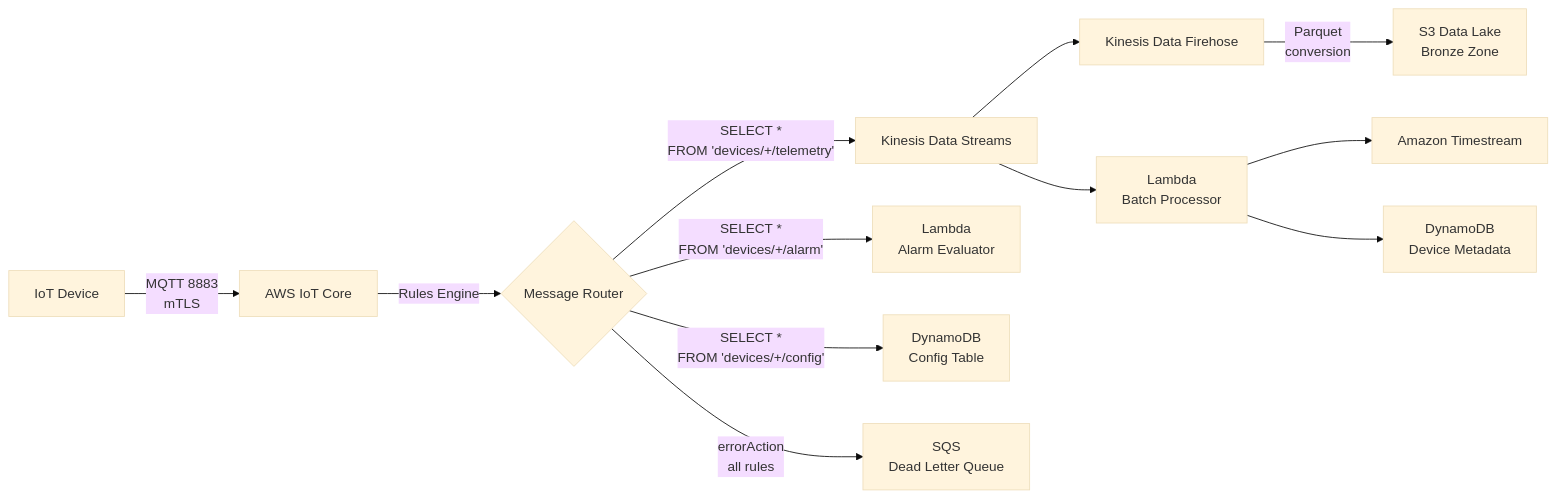
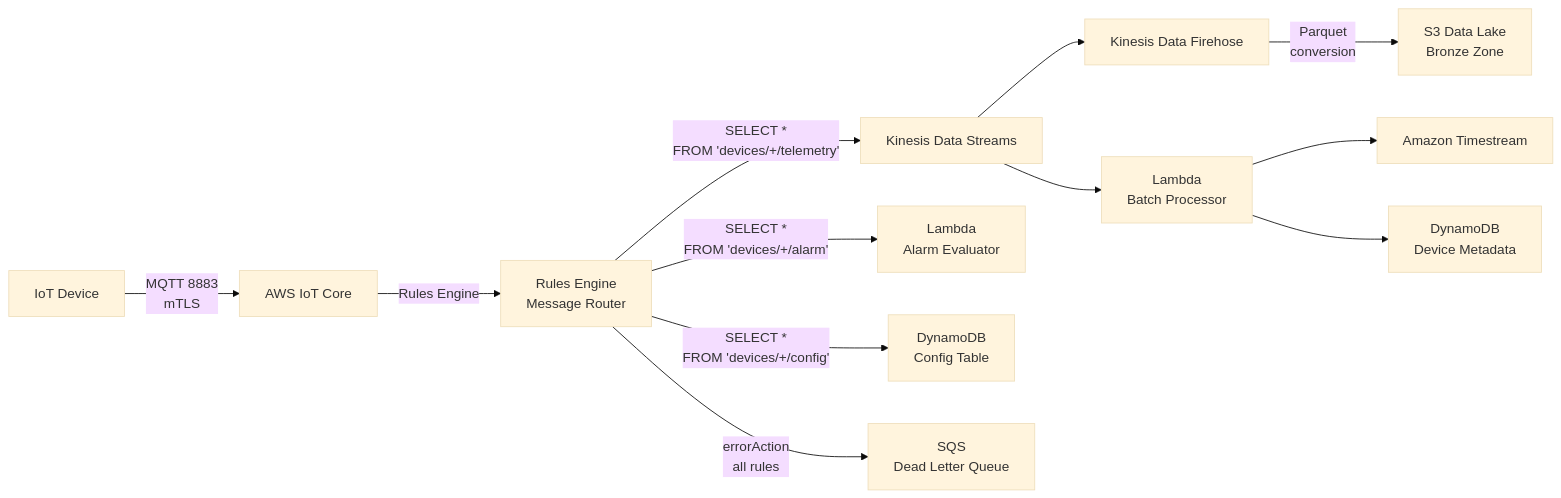
The diagram in docs/architecture/02-device-connectivity-ingestion.md (aldorea/ikerland-data), drawn with Mermaid (base theme) before and after one commit. The commit also changed 9 other files, not shown here.

First line of the commit message:
fix(docs): fix Mermaid rendering issues across all architecture diagrams

````diff
--- a/docs/architecture/02-device-connectivity-ingestion.md
+++ b/docs/architecture/02-device-connectivity-ingestion.md
@@ -43,14 +43,14 @@
 ```mermaid
 flowchart LR
     DEV[IoT Device] -->|"MQTT 8883<br/>mTLS"| IOT[AWS IoT Core]
-    IOT -->|Rules Engine| RE{Message Router}
+    IOT -->|Rules Engine| RE["Rules Engine<br/>Message Router"]
     RE -->|"SELECT *<br/>FROM 'devices/+/telemetry'"| KDS[Kinesis Data Streams]
     RE -->|"SELECT *<br/>FROM 'devices/+/alarm'"| LAM_ALARM[Lambda<br/>Alarm Evaluator]
     RE -->|"SELECT *<br/>FROM 'devices/+/config'"| DDB_CFG[DynamoDB<br/>Config Table]
     RE -->|"errorAction<br/>all rules"| SQS_DLQ[SQS<br/>Dead Letter Queue]
     KDS --> KDF[Kinesis Data Firehose]
     KDS --> LAM_PROC[Lambda<br/>Batch Processor]
     KDF -->|"Parquet<br/>conversion"| S3[S3 Data Lake<br/>Bronze Zone]
     LAM_PROC --> TS[Amazon Timestream]
     LAM_PROC --> DDB_META[DynamoDB<br/>Device Metadata]
 ```
````
